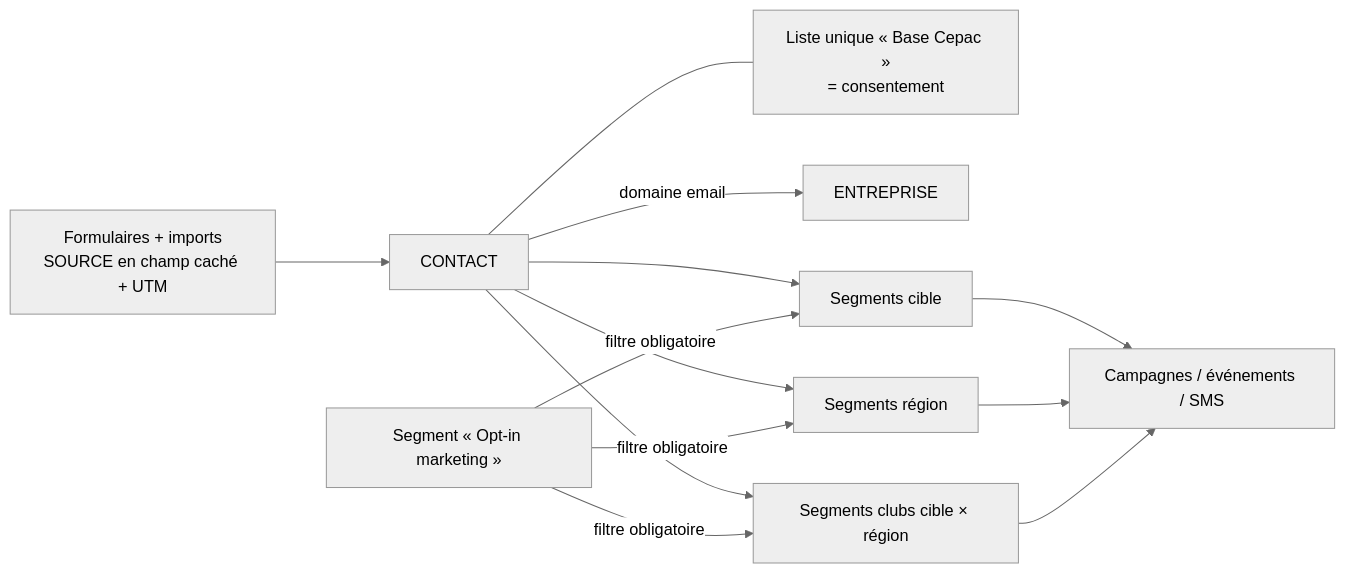
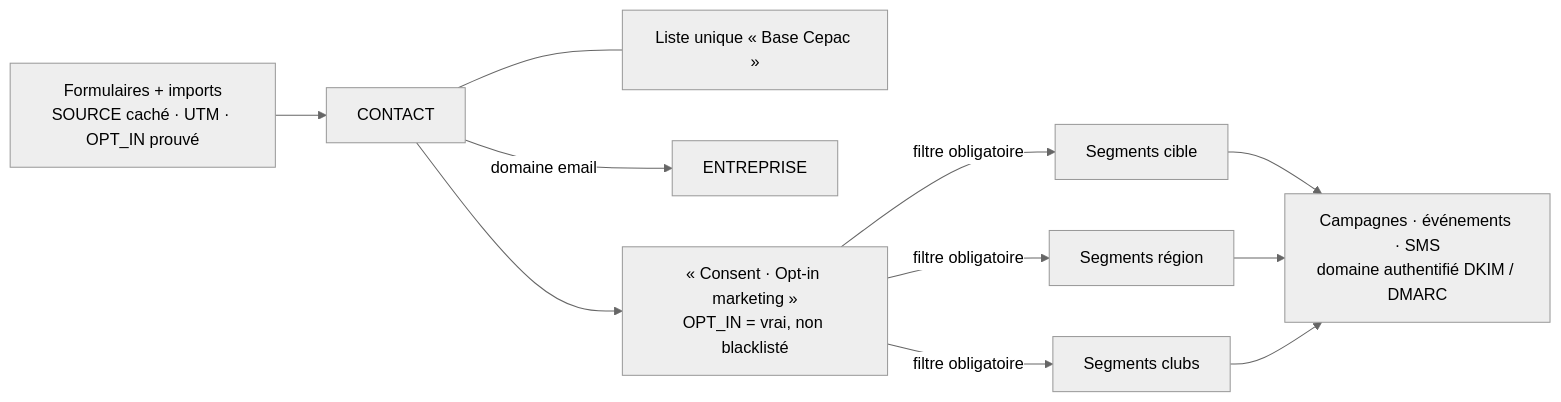
One commit to willdigi99/cepac changed the second of 2 diagrams in DOCUMENTATION_CRM_BREVO_CEPAC.md. Above: the diagram before and after it, drawn with Mermaid (neutral theme). The commit also changed other lines of this file, not shown here.

First line of the commit message:
Doc CRM v1.0 : extraction complète (consentement, délivrabilité, régions, stats campagne)

````diff
--- a/DOCUMENTATION_CRM_BREVO_CEPAC.md
+++ b/DOCUMENTATION_CRM_BREVO_CEPAC.md
@@ -112,9 +122,9 @@
 ```mermaid
 flowchart LR
-    Collecte[Formulaires + imports<br/>SOURCE en champ caché + UTM] --> C[CONTACT]
-    C --- L[Liste unique « Base Cepac »<br/>= consentement]
+    Collecte[Formulaires + imports<br/>SOURCE caché · UTM · OPT_IN prouvé] --> C[CONTACT]
+    C --- L[Liste unique « Base Cepac »]
     C -- domaine email --> E[ENTREPRISE]
-    C --> S1[Segments cible] & S2[Segments région] & S3[Segments clubs cible × région]
-    S0[Segment « Opt-in marketing »] -->|filtre obligatoire| S1 & S2 & S3
-    S1 & S2 & S3 --> Envois[Campagnes / événements / SMS]
+    S0[« Consent · Opt-in marketing »<br/>OPT_IN = vrai, non blacklisté] -->|filtre obligatoire| S1[Segments cible] & S2[Segments région] & S3[Segments clubs]
+    C --> S0
+    S1 & S2 & S3 --> Envois[Campagnes · événements · SMS<br/>domaine authentifié DKIM / DMARC]
 ```
````
